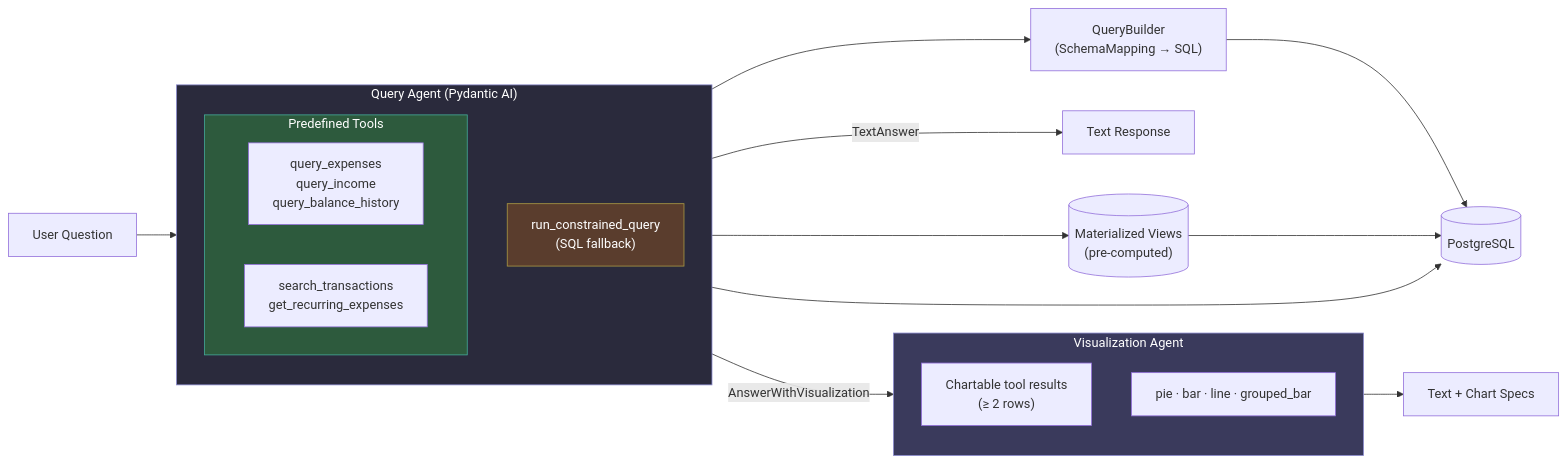
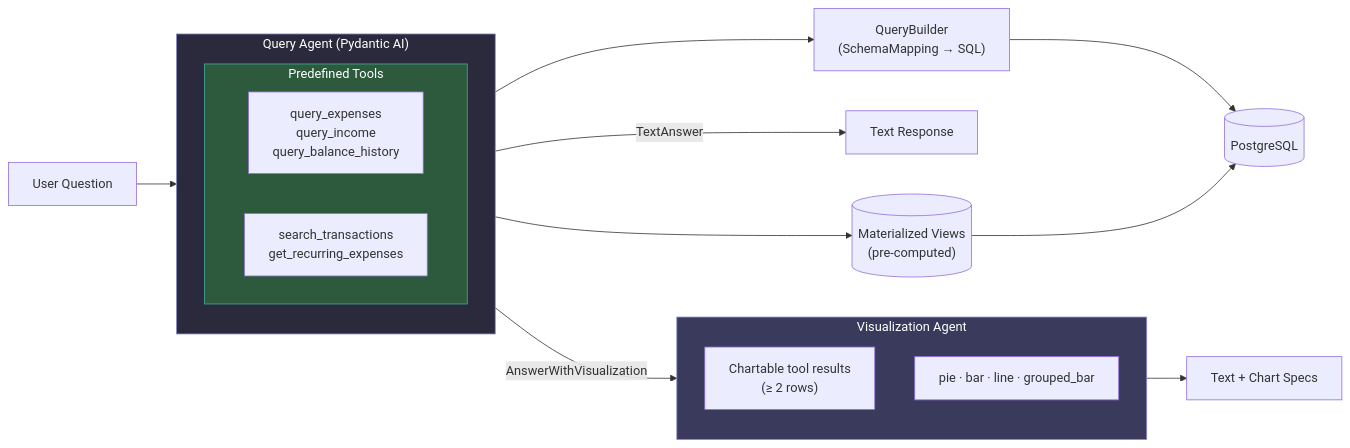
The first of 8 diagrams in README.md (maxibove13/finance-query-agent), drawn with Mermaid before and after one commit. The commit also changed other lines of this file and 15 other files, not shown here.

First line of the commit message:
fix: remove fallback SQL tool, add view mappings to localstack schema, update docs

````diff
--- a/README.md
+++ b/README.md
@@ -7,36 +7,33 @@
 ```mermaid
 graph LR
     Q["User Question"] --> QUERY_AGENT
 
     subgraph QUERY_AGENT["Query Agent (Pydantic AI)"]
         direction TB
         subgraph PREDEFINED["Predefined Tools"]
             direction LR
             V["query_expenses\nquery_income\nquery_balance_history"]
             D["search_transactions\nget_recurring_expenses"]
         end
-        FB["run_constrained_query\n(SQL fallback)"]
     end
 
     QUERY_AGENT -->|"TextAnswer"| OUT_TEXT["Text Response"]
     QUERY_AGENT -->|"AnswerWithVisualization"| VIZ_AGENT
 
     subgraph VIZ_AGENT["Visualization Agent"]
         direction TB
         VIZ_IN["Chartable tool results\n(≥ 2 rows)"]
         VIZ_OUT["pie · bar · line · grouped_bar"]
     end
 
     VIZ_AGENT --> OUT_VIZ["Text + Chart Specs"]
 
     V --> MV[("Materialized Views\n(pre-computed)")]
     D --> QB["QueryBuilder\n(SchemaMapping → SQL)"]
     QB --> PG[("PostgreSQL")]
     MV --> PG
-    FB --> PG
 
     style QUERY_AGENT fill:#2a2a3c,stroke:#88c,color:#fff
     style PREDEFINED fill:#2d5a3d,stroke:#4a9,color:#fff
-    style FB fill:#5a3d2d,stroke:#a94,color:#fff
     style VIZ_AGENT fill:#3a3a5c,stroke:#88c,color:#fff
 ```
````
